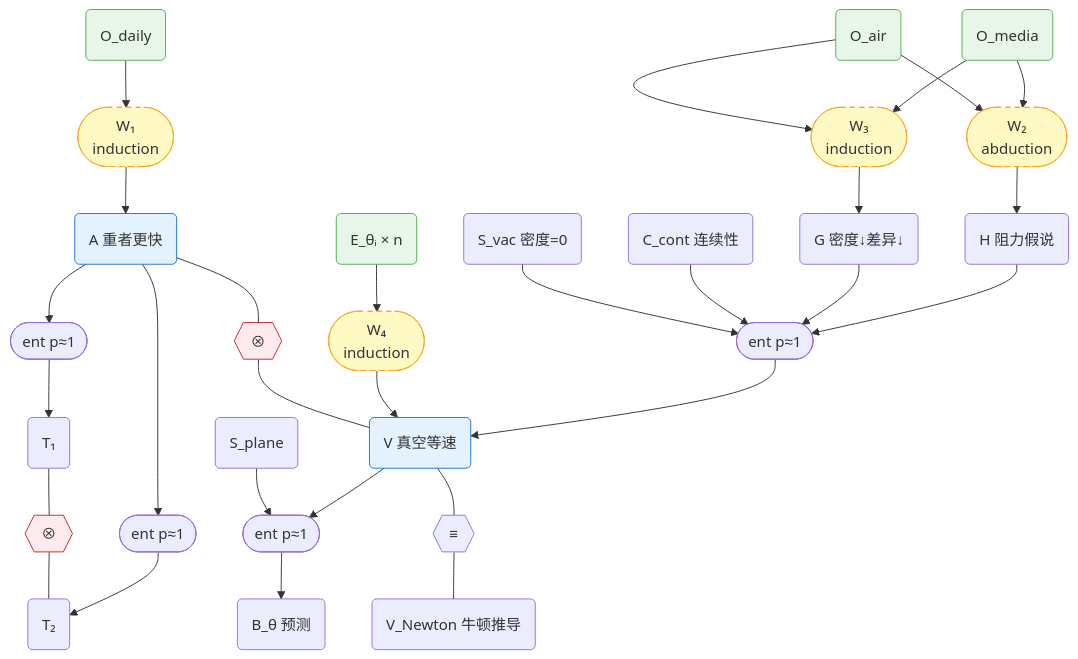
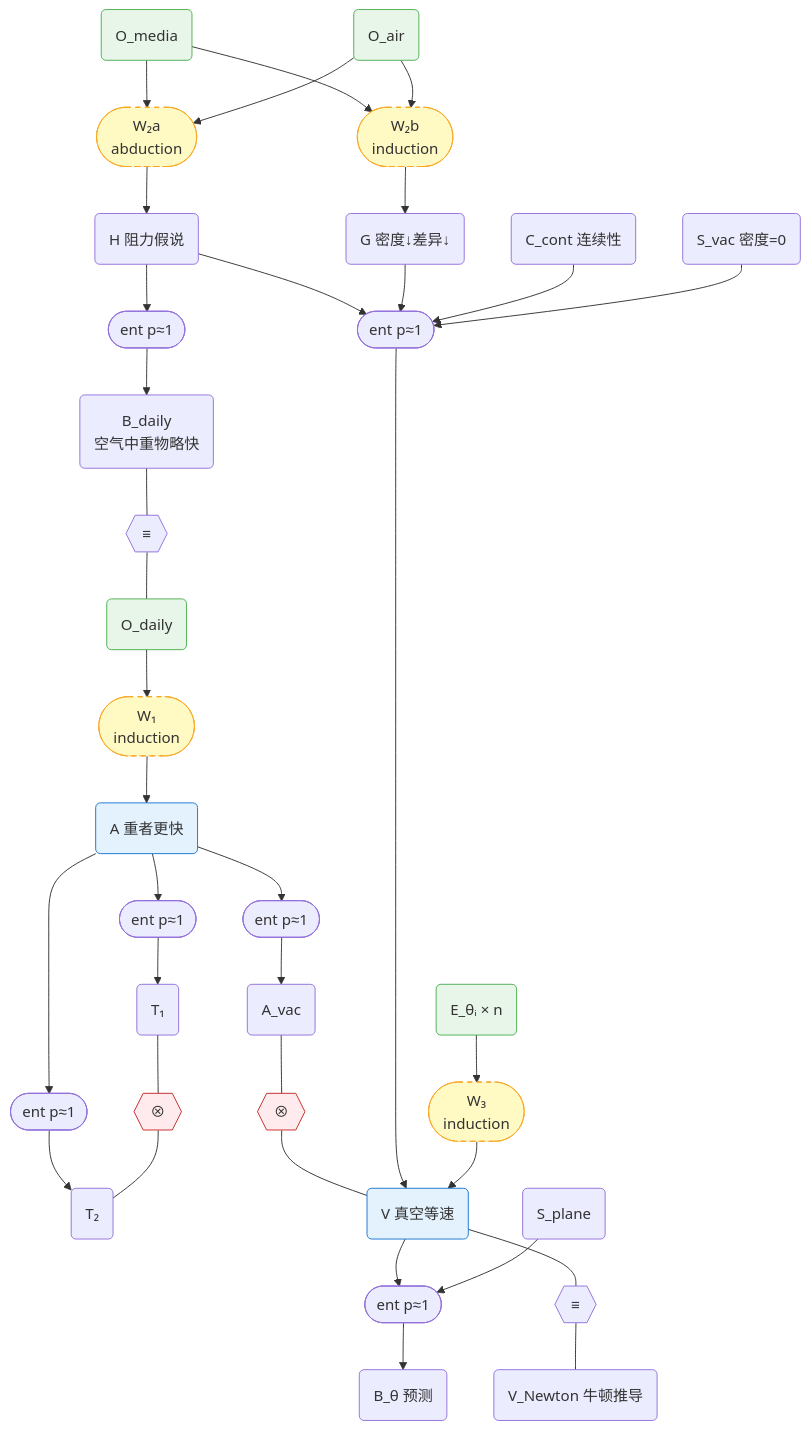
One commit to SiliconEinstein/Gaia changed diagram 11 of 11 in docs/foundations/theory/science-formalization.md. Above: the diagram before and after it, drawn with Mermaid. The commit also changed other lines of this file, not shown here.

First line of the commit message:
docs: restructure coarse factor graph — analogy weakpoint, A_vac, explaining away

````diff
--- a/docs/foundations/theory/science-formalization.md
+++ b/docs/foundations/theory/science-formalization.md
@@ -372,34 +369,39 @@
 ```mermaid
 graph TD
     %% ===== Logic path (refute A) =====
     Odaily("O_daily"):::obs --> w1(["W₁<br/>induction"]):::weak --> A("A 重者更快"):::concl
     A --> fA1(["ent p≈1"]) --> T1("T₁")
     A --> fA2(["ent p≈1"]) --> T2("T₂")
     T1 --- c1{{"⊗"}}:::contra --- T2
+    A --> fAvac(["ent p≈1"]) --> Avac("A_vac")
+    Avac --- c2{{"⊗"}}:::contra --- V
 
-    %% ===== Observation path =====
-    Omedia("O_media"):::obs --> w2(["W₂<br/>abduction"]):::weak --> H("H 阻力假说")
-    Oair("O_air"):::obs --> w2
-    Omedia --> w3(["W₃<br/>induction"]):::weak --> G("G 密度↓差异↓")
-    Oair --> w3
+    %% ===== Observation path (W₂ analogy expanded) =====
+    Omedia("O_media"):::obs --> w2a(["W₂a<br/>abduction"]):::weak --> H("H 阻力假说")
+    Oair("O_air"):::obs --> w2a
+    Omedia --> w2b(["W₂b<br/>induction"]):::weak --> G("G 密度↓差异↓")
+    Oair --> w2b
     H --> f1(["ent p≈1"])
     G --> f1
     Ccont("C_cont 连续性") --> f1
     Svac("S_vac 密度=0") --> f1
     f1 --> V("V 真空等速"):::concl
 
-    %% ===== Experiment path =====
+    %% ===== H explains O_daily (explaining away) =====
+    H --> fHd(["ent p≈1"]) --> Bdaily("B_daily<br/>空气中重物略快")
+    Bdaily --- eqd{{"≡"}} --- Odaily
+
+    %% ===== Experiment path (W₃ induction expanded) =====
     V --> f2(["ent p≈1"])
     Sp("S_plane") --> f2
     f2 --> Btheta("B_θ 预测")
-    Etheta("E_θᵢ × n"):::obs --> w4(["W₄<br/>induction"]):::weak --> V
+    Etheta("E_θᵢ × n"):::obs --> w3(["W₃<br/>induction"]):::weak --> V
 
     %% ===== Constraints =====
-    A --- c2{{"⊗"}}:::contra --- V
     V --- veq{{"≡"}} --- VN("V_Newton 牛顿推导")
 
     classDef obs fill:#e8f5e9,stroke:#4caf50
     classDef concl fill:#e3f2fd,stroke:#1976d2
     classDef contra fill:#ffebee,stroke:#c62828
     classDef weak fill:#fff9c4,stroke:#f9a825,stroke-dasharray: 5 5
 ```
````
